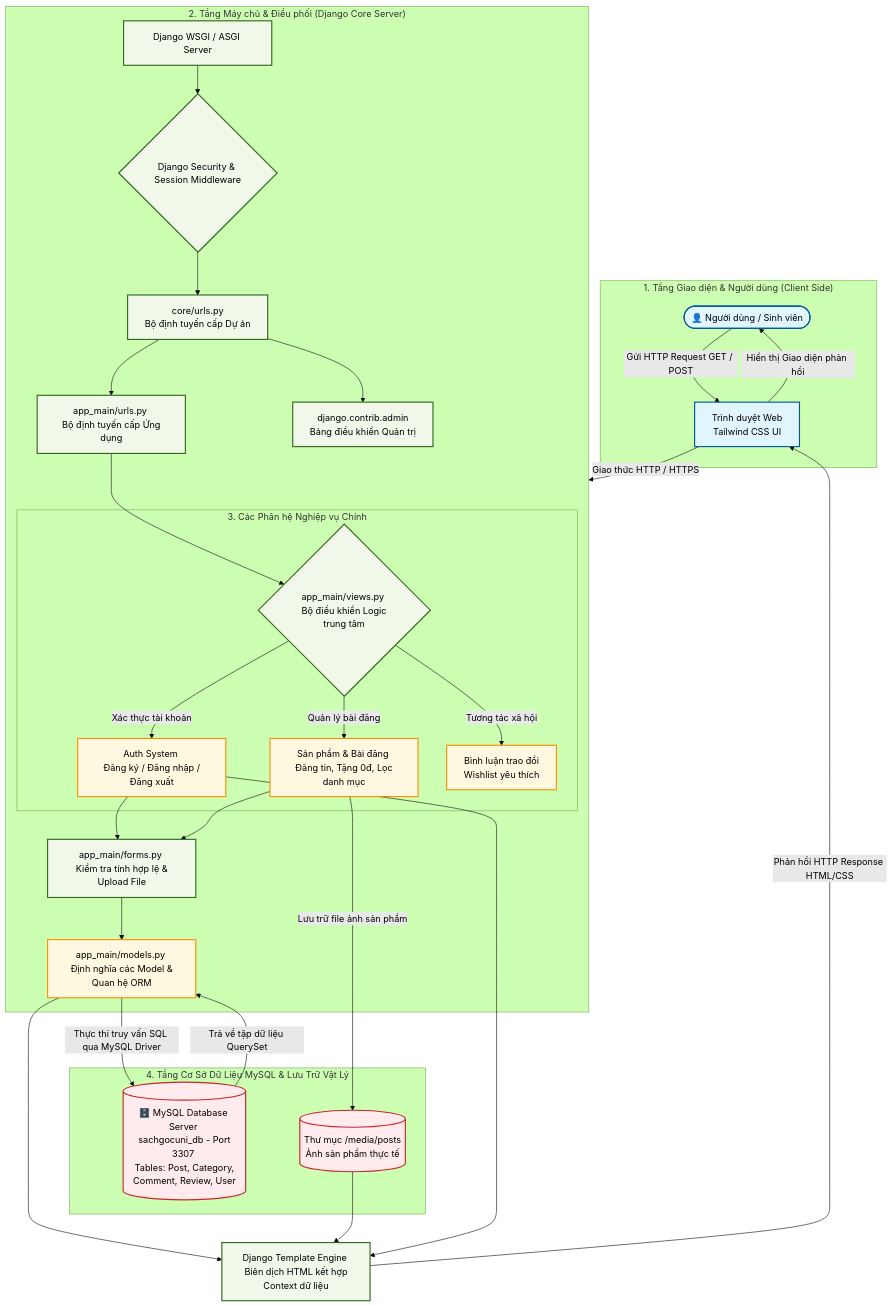
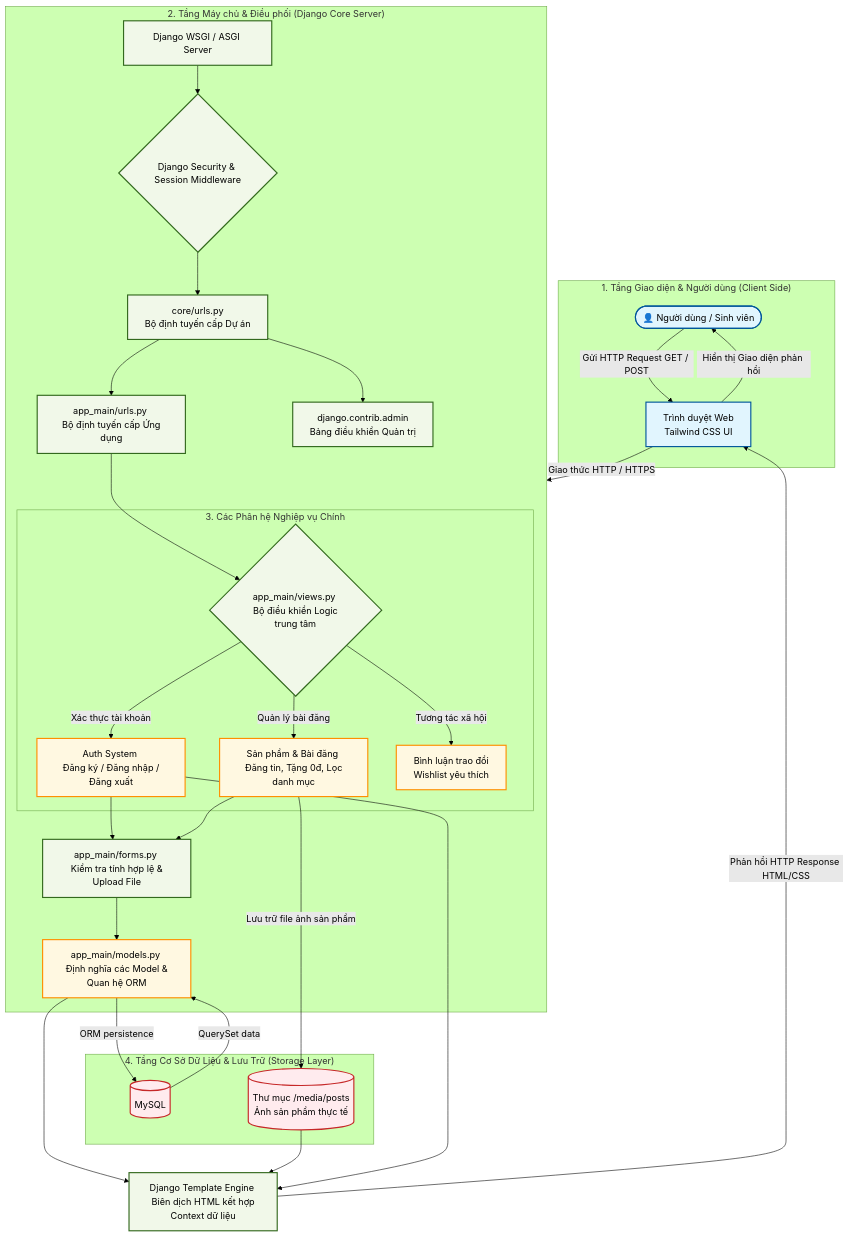
One commit to 24CT1-NGUYENVANHAO/congnghephanmen changed the first of 2 diagrams in README.md. Above: the diagram before and after it, drawn with Mermaid (forest theme). The commit also changed other lines of this file and 3 other files, not shown here.

Commit message:
docs & feat: explicit MySQL node in Mermaid diagrams and ORM persistence docstrings

````diff
--- a/README.md
+++ b/README.md
@@ -19,62 +19,62 @@
 ```mermaid
 graph TD
     %% Tầng Giao diện người dùng
     subgraph Client_Layer ["1. Tầng Giao diện & Người dùng (Client Side)"]
         User([👤 Người dùng / Sinh viên]) -->|Gửi HTTP Request GET / POST| Browser[Trình duyệt Web <br> Tailwind CSS UI]
         Browser -->|Hiển thị Giao diện phản hồi| User
     end
 
     Browser -->|Giao thức HTTP / HTTPS| ServerCore
 
     %% Tầng Máy chủ & Điều hướng
     subgraph ServerCore ["2. Tầng Máy chủ & Điều phối (Django Core Server)"]
         Server[Django WSGI / ASGI Server] --> Middleware{Django Security & Session Middleware}
         
         Middleware --> RootURL[core/urls.py <br> Bộ định tuyến cấp Dự án]
         RootURL --> AppURL[app_main/urls.py <br> Bộ định tuyến cấp Ứng dụng]
         RootURL --> AdminURL[django.contrib.admin <br> Bảng điều khiển Quản trị]
         
         %% Tầng Điều khiển Logic (Views)
         AppURL --> Views{app_main/views.py <br> Bộ điều khiển Logic trung tâm}
         
         %% Phân nhánh các luồng nghiệp vụ thực tế
         subgraph Business_Modules ["3. Các Phân hệ Nghiệp vụ Chính"]
             Views -->|Xác thực tài khoản| AuthModule[Auth System <br> Đăng ký / Đăng nhập / Đăng xuất]
             Views -->|Quản lý bài đăng| PostModule[Sản phẩm & Bài đăng <br> Đăng tin, Tặng 0đ, Lọc danh mục]
             Views -->|Tương tác xã hội| SocialModule[Bình luận trao đổi <br> Wishlist yêu thích]
         end
         
         %% Tầng xử lý Form và Bảo mật dữ liệu
         AuthModule --> FormsCheck[app_main/forms.py <br> Kiểm tra tính hợp lệ & Upload File]
         PostModule --> FormsCheck
         
         %% Tầng Mô hình dữ liệu ORM
         FormsCheck --> ModelsMap[app_main/models.py <br> Định nghĩa các Model & Quan hệ ORM]
     end
 
     %% Tầng Lưu trữ Cơ sở dữ liệu vật lý
-    subgraph Storage_Layer ["4. Tầng Cơ Sở Dữ Liệu MySQL & Lưu Trữ Vật Lý"]
-        ModelsMap -->|Thực thi truy vấn SQL qua MySQL Driver| MySQLDB[(🗄️ MySQL Database Server <br> sachgocuni_db - Port 3307 <br> Tables: Post, Category, Comment, Review, User)]
-        MySQLDB -->|Trả về tập dữ liệu QuerySet| ModelsMap
+    subgraph Storage_Layer ["4. Tầng Cơ Sở Dữ Liệu & Lưu Trữ (Storage Layer)"]
+        ModelsMap -->|ORM persistence| MySQL[(MySQL)]
+        MySQL -->|QuerySet data| ModelsMap
         
         PostModule -->|Lưu trữ file ảnh sản phẩm| MediaFolder[(Thư mục /media/posts <br> Ảnh sản phẩm thực tế)]
     end
 
     %% Tầng tổng hợp dữ liệu trả về giao diện
     ModelsMap --> TemplateEngine[Django Template Engine <br> Biên dịch HTML kết hợp Context dữ liệu]
     MediaFolder --> TemplateEngine
     AuthModule --> TemplateEngine
 
     TemplateEngine -->|Phản hồi HTTP Response HTML/CSS| Browser
 
     %% Định nghĩa màu sắc sinh động
     classDef client fill:#e1f5fe,stroke:#01579b,stroke-width:2px;
     classDef server fill:#f1f8e9,stroke:#33691e,stroke-width:2px;
     classDef logic fill:#fff8e1,stroke:#ff8f00,stroke-width:2px;
     classDef db fill:#ffebee,stroke:#c62828,stroke-width:2px;
 
     class User,Browser client;
     class Server,Middleware,RootURL,AppURL,AdminURL,Views,FormsCheck,TemplateEngine server;
     class AuthModule,PostModule,SocialModule,ModelsMap logic;
-    class MySQLDB,MediaFolder db;
+    class MySQL,MediaFolder db;
 ```
````
